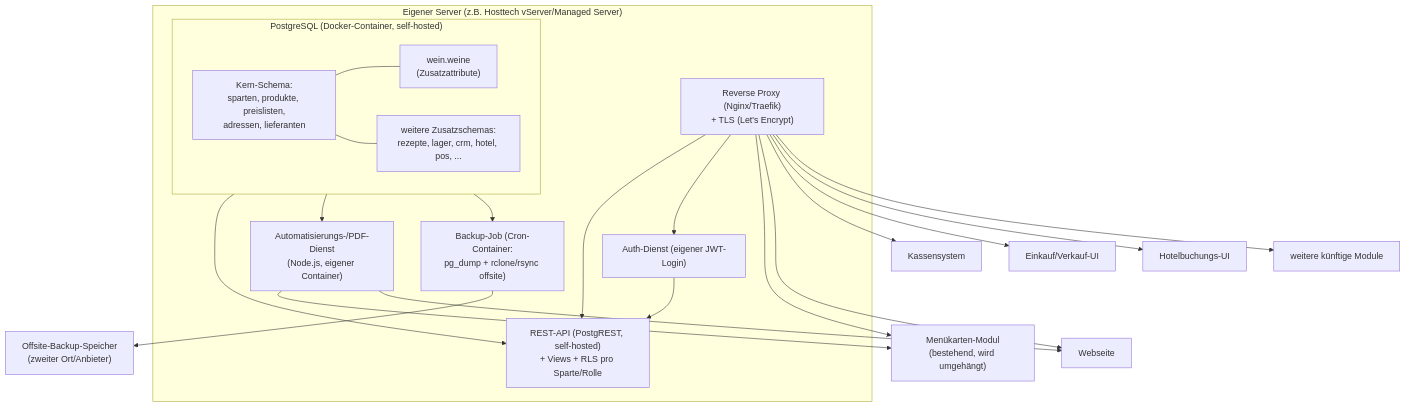
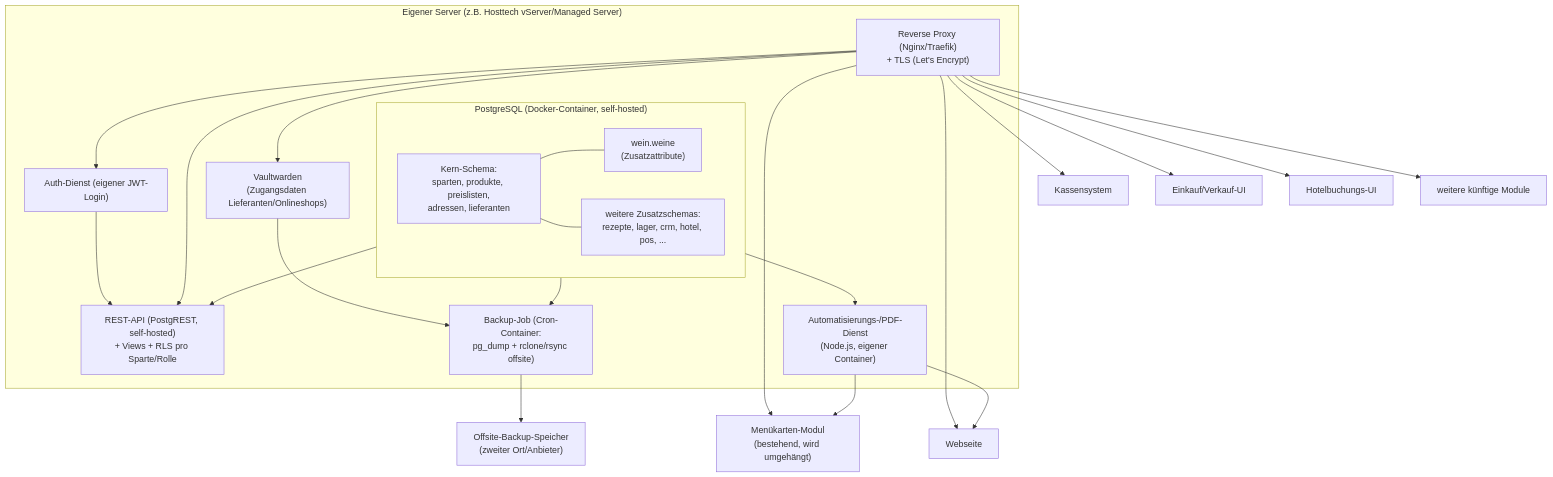
Before and after one commit to rolfbischof/Claude: the first of 2 diagrams in hoberg-gastro/KONZEPT.md, drawn with Mermaid. The commit also changed other lines of this file and 1 other file, not shown here.

````diff
--- a/hoberg-gastro/KONZEPT.md
+++ b/hoberg-gastro/KONZEPT.md
@@ -110,43 +110,46 @@
 ```mermaid
 flowchart TB
     subgraph Server["Eigener Server (z.B. Hosttech vServer/Managed Server)"]
         subgraph DB["PostgreSQL (Docker-Container, self-hosted)"]
             Core["Kern-Schema:\nsparten, produkte, preislisten,\nadressen, lieferanten"]
             Wein["wein.weine\n(Zusatzattribute)"]
             Weitere["weitere Zusatzschemas:\nrezepte, lager, crm, hotel, pos, ..."]
         end
 
         API["REST-API (PostgREST, self-hosted)\n+ Views + RLS pro Sparte/Rolle"]
         Auth["Auth-Dienst (eigener JWT-Login)"]
         Jobs["Automatisierungs-/PDF-Dienst\n(Node.js, eigener Container)"]
         Proxy["Reverse Proxy (Nginx/Traefik)\n+ TLS (Let's Encrypt)"]
         Backup["Backup-Job (Cron-Container:\npg_dump + rclone/rsync offsite)"]
+        Vault["Vaultwarden\n(Zugangsdaten Lieferanten/Onlineshops)"]
 
         Core --- Wein
         Core --- Weitere
         DB --> API
         DB --> Jobs
         Auth --> API
         Proxy --> API
         Proxy --> Auth
+        Proxy --> Vault
         DB --> Backup
+        Vault --> Backup
     end
 
     Menu["Menükarten-Modul\n(bestehend, wird umgehängt)"]
     Web["Webseite"]
     POS["Kassensystem"]
     Einkauf["Einkauf/Verkauf-UI"]
     Hotel["Hotelbuchungs-UI"]
     Neu["weitere künftige Module"]
     Offsite["Offsite-Backup-Speicher\n(zweiter Ort/Anbieter)"]
 
     Proxy --> Menu
     Proxy --> Web
     Proxy --> POS
     Proxy --> Einkauf
     Proxy --> Hotel
     Proxy --> Neu
     Jobs --> Menu
     Jobs --> Web
     Backup --> Offsite
 ```
````
